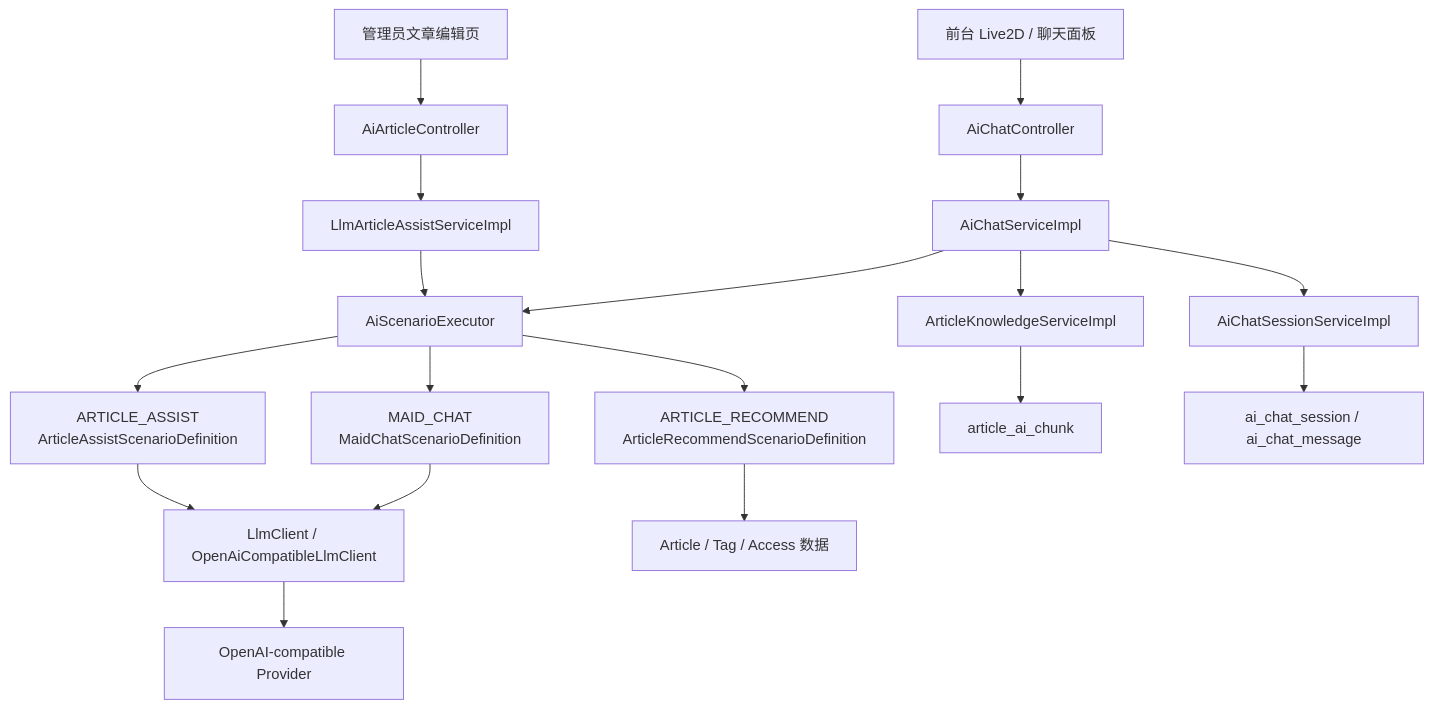
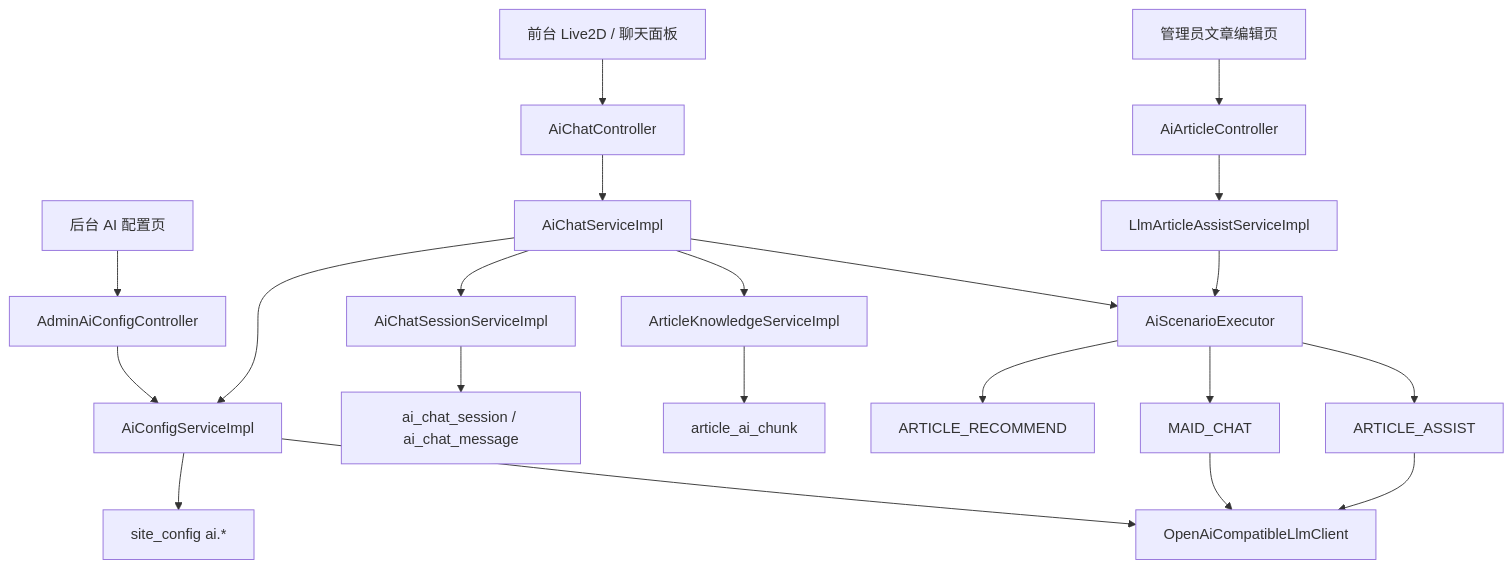
One commit to lightreet/Chen404Bac changed the diagram in doc/architecture/项目AI接入设计.md. Above: the diagram before and after it, drawn with Mermaid. The commit also changed other lines of this file and 5 other files, not shown here.

Commit message:
文档：同步后端架构与AI/旅行地图说明

````diff
--- a/doc/architecture/项目AI接入设计.md
+++ b/doc/architecture/项目AI接入设计.md
@@ -59,25 +20,29 @@
 ```mermaid
 flowchart TB
-    U1["管理员文章编辑页"] --> C1["AiArticleController"]
-    U2["前台 Live2D / 聊天面板"] --> C2["AiChatController"]
+    ArticleEditor["管理员文章编辑页"] --> ArticleApi["AiArticleController"]
+    Live2D["前台 Live2D / 聊天面板"] --> ChatApi["AiChatController"]
+    Admin["后台 AI 配置页"] --> AdminApi["AdminAiConfigController"]
 
-    C1 --> S1["LlmArticleAssistServiceImpl"]
-    C2 --> S2["AiChatServiceImpl"]
+    ArticleApi --> ArticleService["LlmArticleAssistServiceImpl"]
+    ChatApi --> ChatService["AiChatServiceImpl"]
+    AdminApi --> ConfigService["AiConfigServiceImpl"]
 
-    S1 --> EX["AiScenarioExecutor"]
-    S2 --> EX
+    ArticleService --> Executor["AiScenarioExecutor"]
+    ChatService --> Executor
 
-    EX --> D1["ARTICLE_ASSIST<br/>ArticleAssistScenarioDefinition"]
-    EX --> D2["MAID_CHAT<br/>MaidChatScenarioDefinition"]
-    EX --> D3["ARTICLE_RECOMMEND<br/>ArticleRecommendScenarioDefinition"]
+    Executor --> Assist["ARTICLE_ASSIST"]
+    Executor --> Maid["MAID_CHAT"]
+    Executor --> Recommend["ARTICLE_RECOMMEND"]
 
-    D1 --> LLM["LlmClient / OpenAiCompatibleLlmClient"]
-    D2 --> LLM
+    Maid --> Llm["OpenAiCompatibleLlmClient"]
+    Assist --> Llm
+    ConfigService --> Llm
 
-    S2 --> KB["ArticleKnowledgeServiceImpl"]
-    S2 --> SS["AiChatSessionServiceImpl"]
-    D3 --> DB1["Article / Tag / Access 数据"]
-    KB --> DB2["article_ai_chunk"]
-    SS --> DB3["ai_chat_session / ai_chat_message"]
-    LLM --> P["OpenAI-compatible Provider"]
+    ChatService --> Knowledge["ArticleKnowledgeServiceImpl"]
+    ChatService --> Session["AiChatSessionServiceImpl"]
+    ChatService --> ConfigService
+
+    Knowledge --> Chunk["article_ai_chunk"]
+    Session --> ChatDb["ai_chat_session / ai_chat_message"]
+    ConfigService --> SiteConfig["site_config ai.*"]
 ```
````
